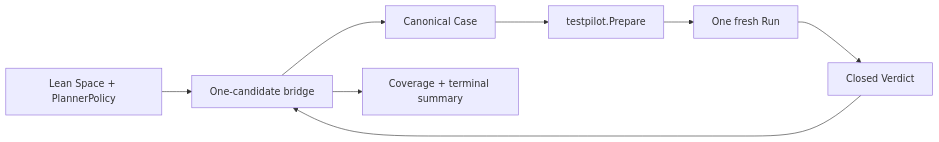
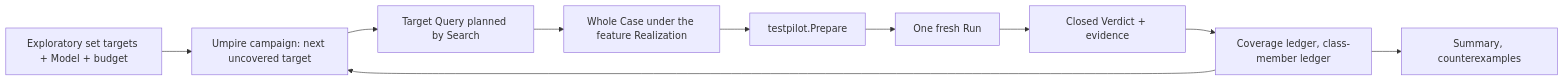
Before and after one commit to stephanos/temporal: the diagram in .flow/specs/fn-33-run-serial-bounded-semantic-exploration.md, drawn with Mermaid. The commit also changed other lines of this file and 12 other files, not shown here.

First line of the commit message:
chore(flow): re-plan fn-33 on the exploratory set

````diff
--- a/.flow/specs/fn-33-run-serial-bounded-semantic-exploration.md
+++ b/.flow/specs/fn-33-run-serial-bounded-semantic-exploration.md
@@ -13,10 +19,12 @@
 ```mermaid
 flowchart LR
-  S[Lean Space + PlannerPolicy] --> B[One-candidate bridge]
-  B --> C[Canonical Case]
+  T[Exploratory set targets + Model + budget] --> B[Umpire campaign: next uncovered target]
+  B --> Q[Target Query planned by Search]
+  Q --> C[Whole Case under the feature Realization]
   C --> P[testpilot.Prepare]
   P --> R[One fresh Run]
-  R --> V[Closed Verdict]
-  V --> B
-  B --> O[Coverage + terminal summary]
+  R --> V[Closed Verdict + evidence]
+  V --> L[Coverage ledger, class-member ledger]
+  L --> B
+  L --> O[Summary, counterexamples]
 ```
````
